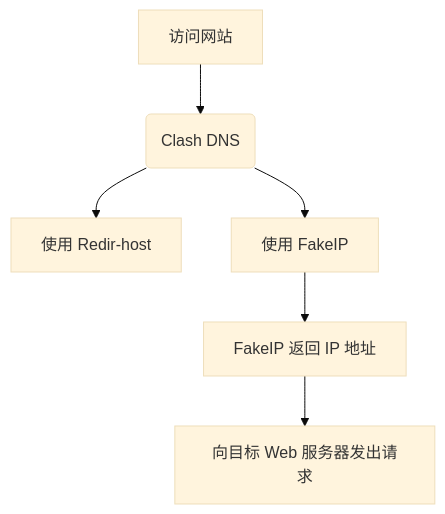
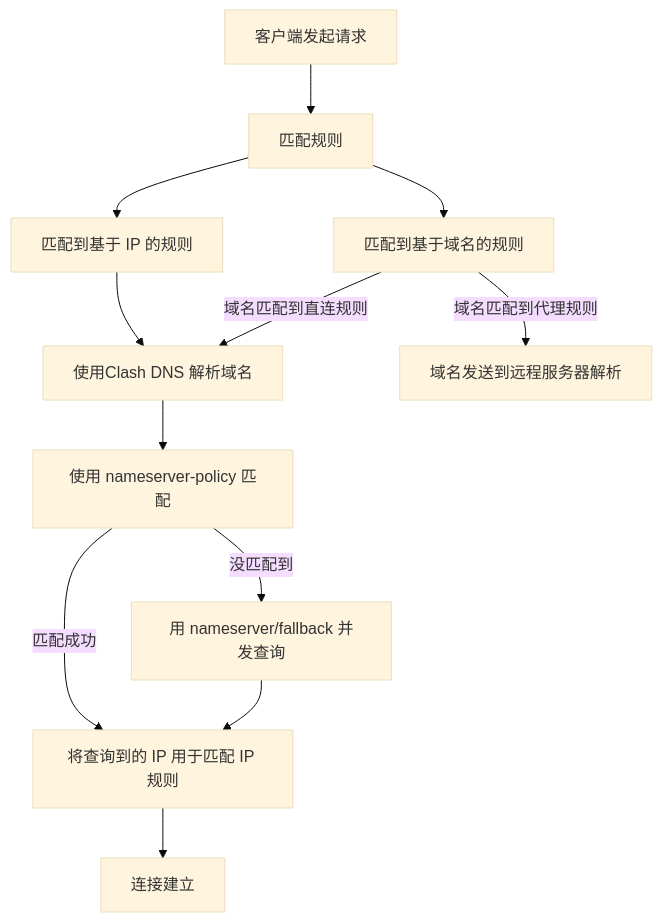
The diagram in docs/config/dns/diagram.md (MetaCubeX/Meta-Docs), drawn with Mermaid (base theme) before and after one commit. The commit also changed other lines of this file, not shown here.

Commit message:
填一半坑

````diff
--- a/docs/config/dns/diagram.md
+++ b/docs/config/dns/diagram.md
@@ -3,8 +3,15 @@
 ```mermaid
-graph TD;
-  A[访问网站] --> B(Clash DNS)
-  B --> C[使用 Redir-host]
-  B --> D[使用 FakeIP]
-  D --> E[FakeIP 返回 IP 地址]
-  E --> F[向目标 Web 服务器发出请求]
+graph TD
+  A[客户端发起请求] --> B[匹配规则]
+  B --> IP[匹配到基于 IP 的规则]
+  B -->  I[匹配到基于域名的规则]
+  IP --> DNS[使用Clash DNS 解析域名]
+  DNS --> NS[使用 nameserver-policy 匹配]
+  NS --> |匹配成功| G[将查询到的 IP 用于匹配 IP 规则]
+  NS --> |没匹配到| F[用 nameserver/fallback 并发查询]
+
+  F --> G[将查询到的 IP 用于匹配 IP 规则]
+  I --> |域名匹配到直连规则| DNS
+  I --> |域名匹配到代理规则|L[域名发送到远程服务器解析]
+  G --> S[连接建立]
 ```
````
